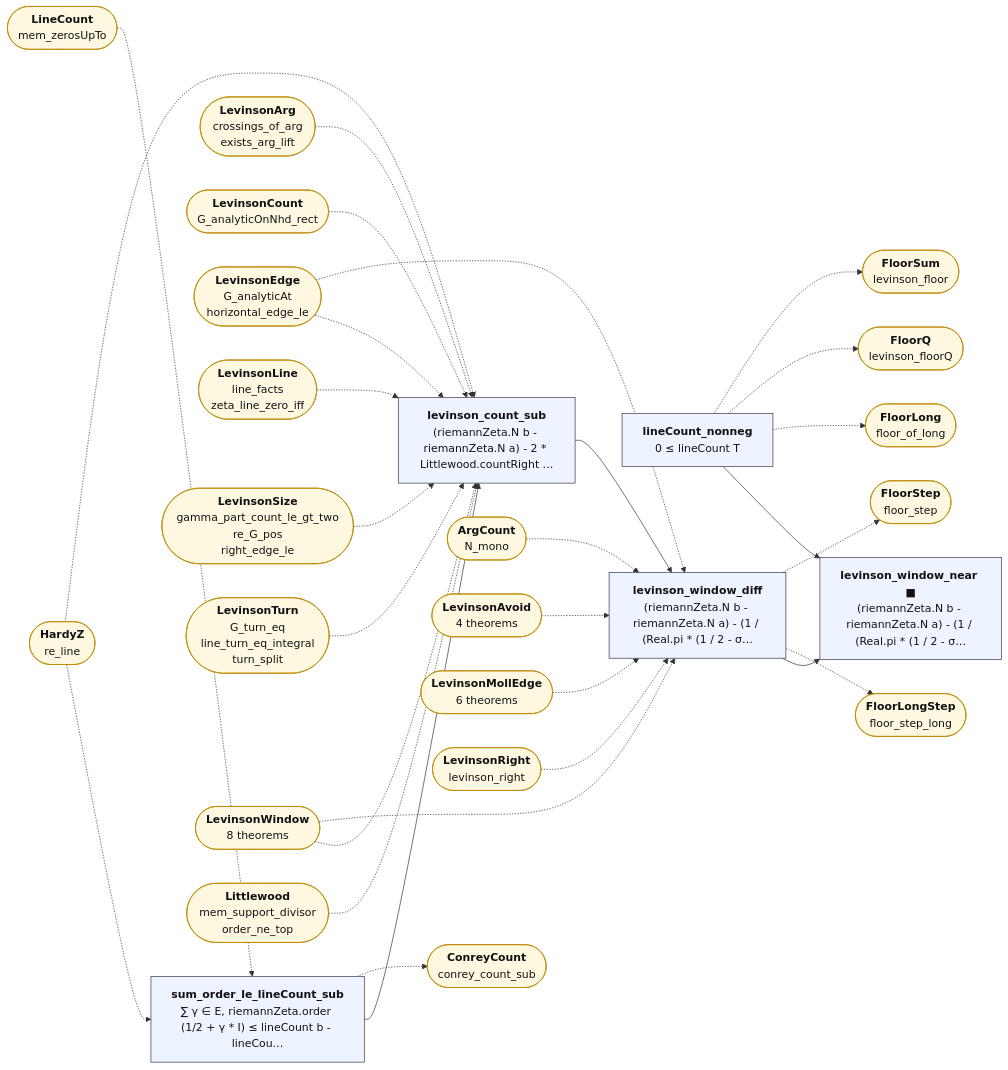
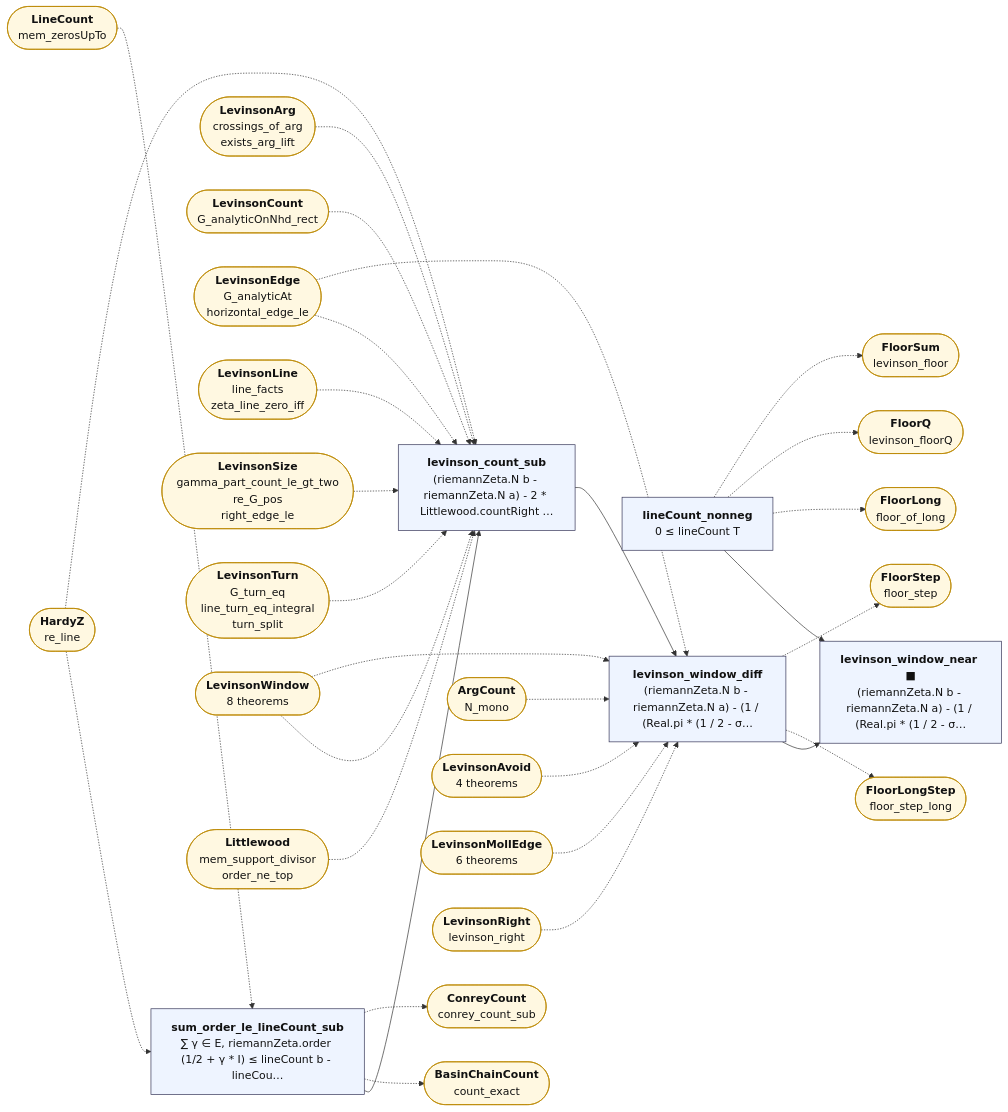
Before and after one commit to juliansambranojr/Primebeat_081426: the diagram in map/lean_stage3/LevinsonWindowNear.md, drawn with Mermaid. The commit also changed other lines of this file and 60 other files, not shown here.

````diff
--- a/map/lean_stage3/LevinsonWindowNear.md
+++ b/map/lean_stage3/LevinsonWindowNear.md
@@ -14,63 +14,65 @@
 ```mermaid
 flowchart LR
   n0["<b>sum_order_le_lineCount_sub</b><br/>∑ γ ∈ E, riemannZeta.order (1/2 + γ * I) ≤ lineCount b - lineCou…"]:::thm
   n1["<b>lineCount_nonneg</b><br/>0 ≤ lineCount T"]:::thm
   n2["<b>levinson_count_sub</b><br/>(riemannZeta.N b - riemannZeta.N a) - 2 * Littlewood.countRight …"]:::thm
   n3["<b>levinson_window_diff</b><br/>(riemannZeta.N b - riemannZeta.N a) - (1 / (Real.pi * (1 / 2 - σ…"]:::thm
   n4["<b>levinson_window_near ■</b><br/>(riemannZeta.N b - riemannZeta.N a) - (1 / (Real.pi * (1 / 2 - σ…"]:::thm
   x0(["<b>HardyZ</b><br/>re_line"]):::ext
   x1(["<b>LineCount</b><br/>mem_zerosUpTo"]):::ext
-  x2(["<b>ConreyCount</b><br/>conrey_count_sub"]):::ext
-  x3(["<b>FloorLong</b><br/>floor_of_long"]):::ext
-  x4(["<b>FloorQ</b><br/>levinson_floorQ"]):::ext
-  x5(["<b>FloorSum</b><br/>levinson_floor"]):::ext
-  x6(["<b>LevinsonArg</b><br/>crossings_of_arg<br/>exists_arg_lift"]):::ext
-  x7(["<b>LevinsonCount</b><br/>G_analyticOnNhd_rect"]):::ext
-  x8(["<b>LevinsonEdge</b><br/>G_analyticAt<br/>horizontal_edge_le"]):::ext
-  x9(["<b>LevinsonLine</b><br/>line_facts<br/>zeta_line_zero_iff"]):::ext
-  x10(["<b>LevinsonSize</b><br/>gamma_part_count_le_gt_two<br/>re_G_pos<br/>right_edge_le"]):::ext
-  x11(["<b>LevinsonTurn</b><br/>G_turn_eq<br/>line_turn_eq_integral<br/>turn_split"]):::ext
-  x12(["<b>LevinsonWindow</b><br/>8 theorems"]):::ext
-  x13(["<b>Littlewood</b><br/>mem_support_divisor<br/>order_ne_top"]):::ext
-  x14(["<b>ArgCount</b><br/>N_mono"]):::ext
-  x15(["<b>LevinsonAvoid</b><br/>4 theorems"]):::ext
-  x16(["<b>LevinsonMollEdge</b><br/>6 theorems"]):::ext
-  x17(["<b>LevinsonRight</b><br/>levinson_right"]):::ext
-  x18(["<b>FloorLongStep</b><br/>floor_step_long"]):::ext
-  x19(["<b>FloorStep</b><br/>floor_step"]):::ext
+  x2(["<b>BasinChainCount</b><br/>count_exact"]):::ext
+  x3(["<b>ConreyCount</b><br/>conrey_count_sub"]):::ext
+  x4(["<b>FloorLong</b><br/>floor_of_long"]):::ext
+  x5(["<b>FloorQ</b><br/>levinson_floorQ"]):::ext
+  x6(["<b>FloorSum</b><br/>levinson_floor"]):::ext
+  x7(["<b>LevinsonArg</b><br/>crossings_of_arg<br/>exists_arg_lift"]):::ext
+  x8(["<b>LevinsonCount</b><br/>G_analyticOnNhd_rect"]):::ext
+  x9(["<b>LevinsonEdge</b><br/>G_analyticAt<br/>horizontal_edge_le"]):::ext
+  x10(["<b>LevinsonLine</b><br/>line_facts<br/>zeta_line_zero_iff"]):::ext
+  x11(["<b>LevinsonSize</b><br/>gamma_part_count_le_gt_two<br/>re_G_pos<br/>right_edge_le"]):::ext
+  x12(["<b>LevinsonTurn</b><br/>G_turn_eq<br/>line_turn_eq_integral<br/>turn_split"]):::ext
+  x13(["<b>LevinsonWindow</b><br/>8 theorems"]):::ext
+  x14(["<b>Littlewood</b><br/>mem_support_divisor<br/>order_ne_top"]):::ext
+  x15(["<b>ArgCount</b><br/>N_mono"]):::ext
+  x16(["<b>LevinsonAvoid</b><br/>4 theorems"]):::ext
+  x17(["<b>LevinsonMollEdge</b><br/>6 theorems"]):::ext
+  x18(["<b>LevinsonRight</b><br/>levinson_right"]):::ext
+  x19(["<b>FloorLongStep</b><br/>floor_step_long"]):::ext
+  x20(["<b>FloorStep</b><br/>floor_step"]):::ext
   n0 --> n2
   n1 --> n4
   n2 --> n3
   n3 --> n4
   n0 -.-> x2
-  n1 -.-> x3
+  n0 -.-> x3
   n1 -.-> x4
   n1 -.-> x5
-  n3 -.-> x18
+  n1 -.-> x6
   n3 -.-> x19
+  n3 -.-> x20
   x0 -.-> n0
   x0 -.-> n2
   x1 -.-> n0
   x10 -.-> n2
   x11 -.-> n2
   x12 -.-> n2
-  x12 -.-> n3
   x13 -.-> n2
-  x14 -.-> n3
+  x13 -.-> n3
+  x14 -.-> n2
   x15 -.-> n3
   x16 -.-> n3
   x17 -.-> n3
-  x6 -.-> n2
+  x18 -.-> n3
   x7 -.-> n2
   x8 -.-> n2
-  x8 -.-> n3
   x9 -.-> n2
+  x9 -.-> n3
   classDef cnt fill:#dff5ec,stroke:#17694a,color:#111
   classDef shp fill:#f1ecfb,stroke:#5b3fa0,color:#111
   classDef rh fill:#ffe5e5,stroke:#c22,color:#111,stroke-width:2px
   classDef thm fill:#eef4ff,stroke:#335,color:#111
   classDef end_ fill:#e7f7e7,stroke:#2a7,color:#111,stroke-width:2px
   classDef lone fill:#fff,stroke:#999,color:#111,stroke-dasharray:4 3
   classDef bad fill:#ffe5e5,stroke:#c22,color:#111,stroke-width:2px
   classDef ext fill:#fff8e1,stroke:#b80,color:#111
 ```
````
